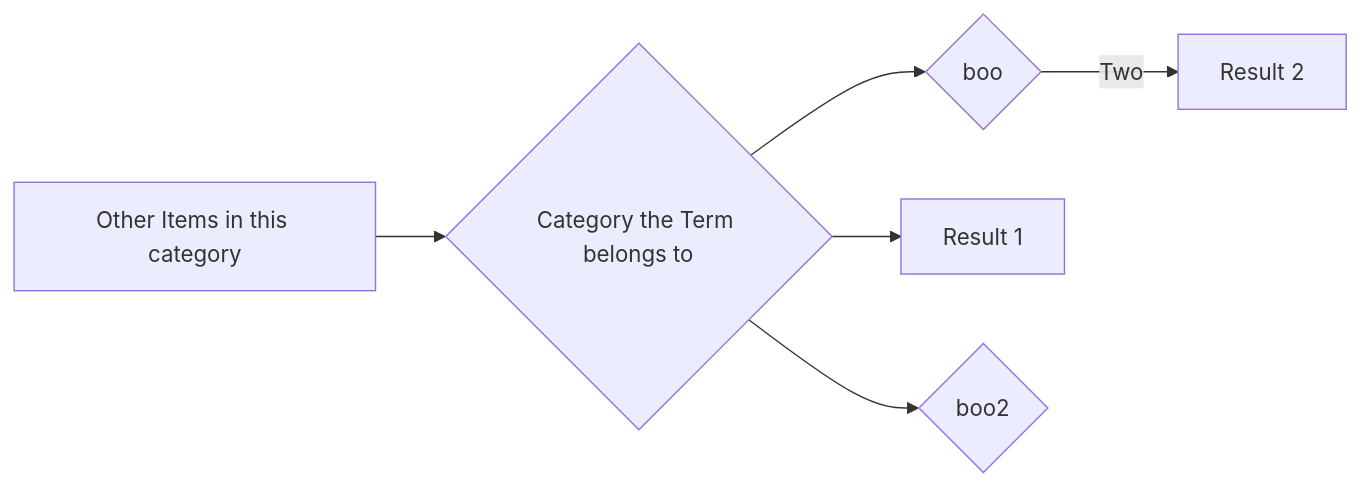
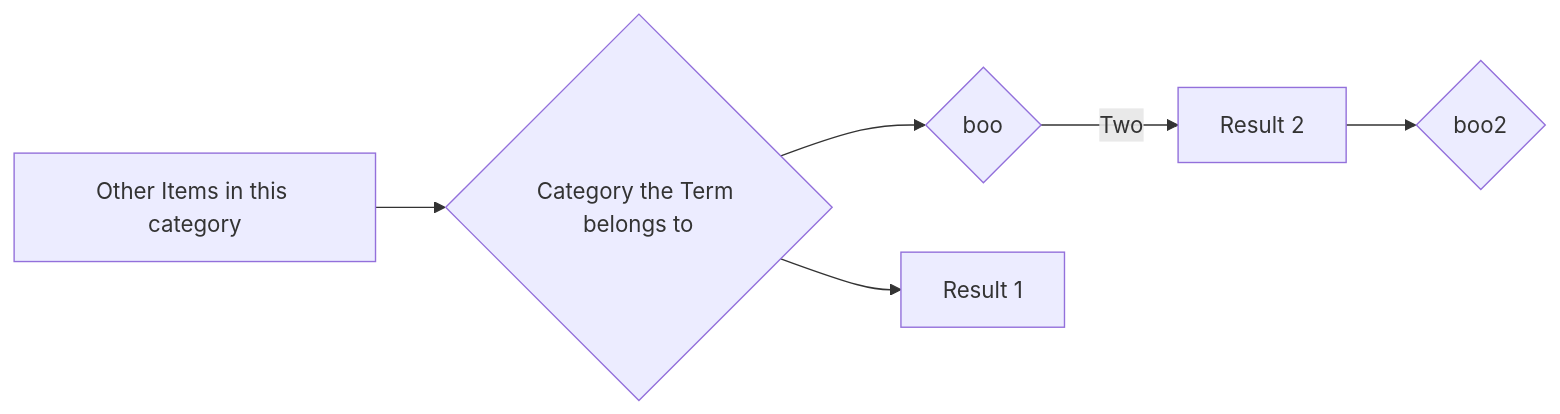
Before and after one commit to gerbssusd/dok: the diagram in slides.md, drawn with Mermaid.

````diff
--- a/slides.md
+++ b/slides.md
@@ -217,12 +217,12 @@
 ```mermaid {theme: 'neutral', scale: 0.8}
 graph LR
 A[Other Items in this category] --> B{Category the Term belongs to} 
 B--> C{boo} 
 B --> D[Result 1]
 C -->|Two| E[Result 2]
-B --> G{boo2}
+ --> G{boo2}
 
 
 
 
 ```
````
